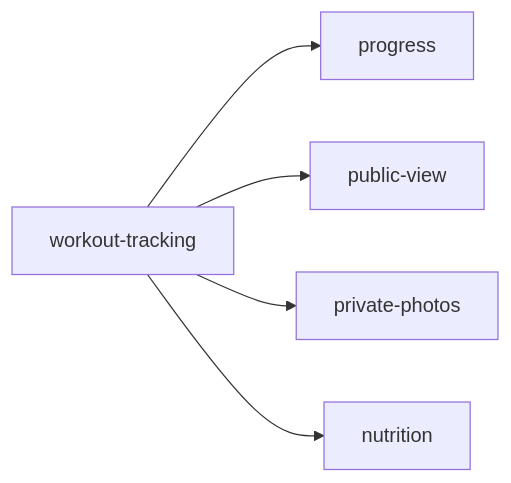
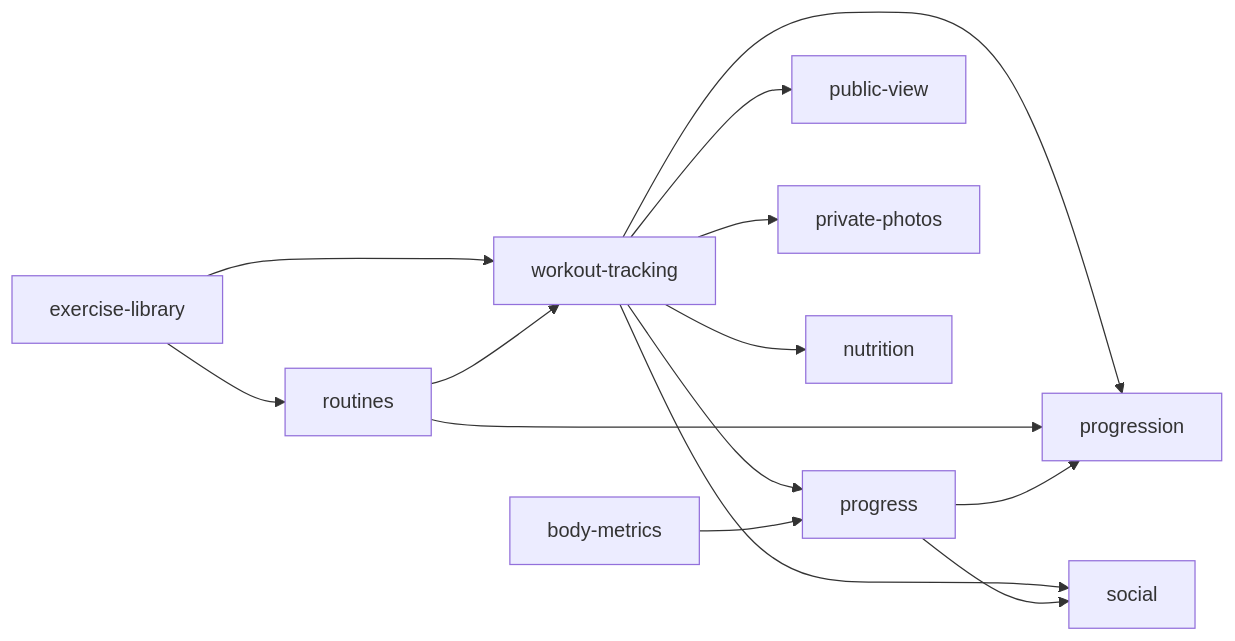
Before and after one commit to Alefrankie/gym-up: the diagram in docs/prd/features/readme.md, drawn with Mermaid. The commit also changed other lines of this file and 104 other files, not shown here.

````diff
--- a/docs/prd/features/readme.md
+++ b/docs/prd/features/readme.md
@@ -29,7 +34,16 @@
 ```mermaid
 graph LR
     workout-tracking --> progress
     workout-tracking --> public-view
     workout-tracking --> private-photos
     workout-tracking --> nutrition
+    exercise-library --> workout-tracking
+    exercise-library --> routines
+    routines --> workout-tracking
+    workout-tracking --> progression
+    routines --> progression
+    progress --> progression
+    body-metrics --> progress
+    workout-tracking --> social
+    progress --> social
 ```
````
